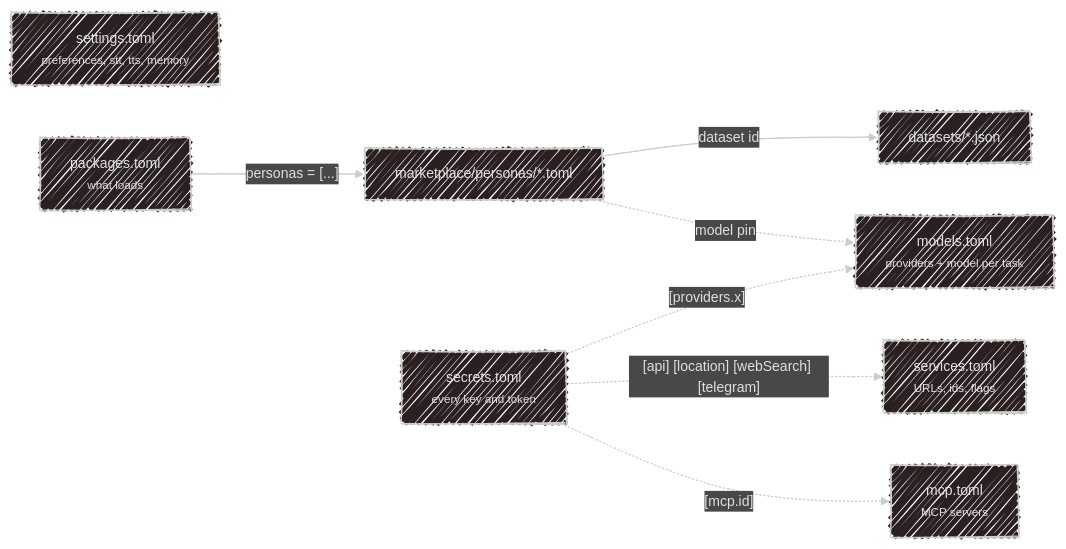
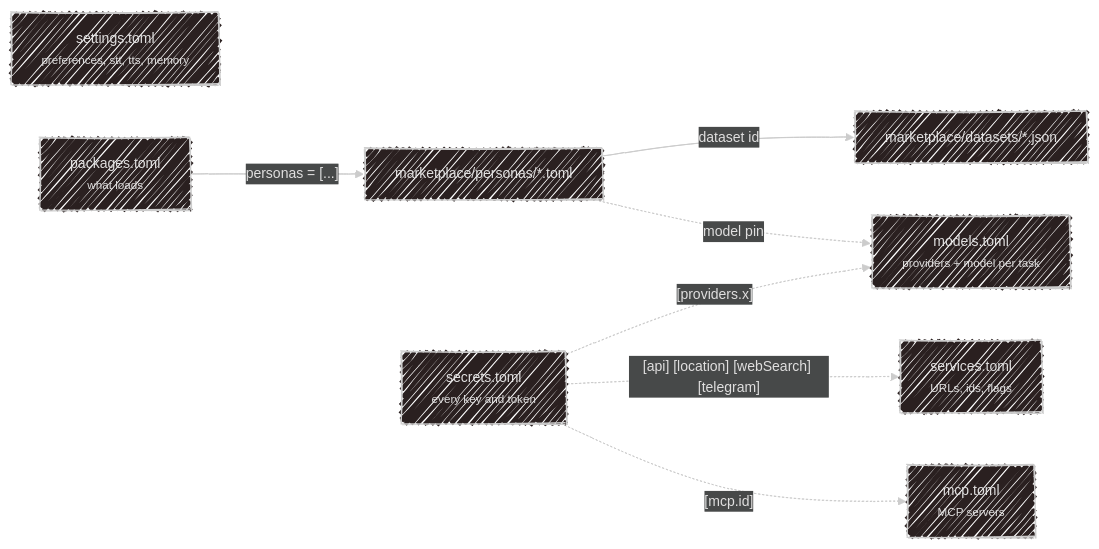
Before and after one commit to SubZtep/kaja: the diagram in docs/configuration.md, drawn with Mermaid. The commit also changed other lines of this file and 31 other files, not shown here.

````diff
--- a/docs/configuration.md
+++ b/docs/configuration.md
@@ -45,23 +44,23 @@
 ```mermaid
 ---
 config:
   look: handDrawn
   theme: neo-dark
 ---
 flowchart LR
     S["settings.toml<br><small>preferences, stt, tts, memory</small>"]
     M["models.toml<br><small>providers + model per task</small>"]
     V["services.toml<br><small>URLs, ids, flags</small>"]
     C["mcp.toml<br><small>MCP servers</small>"]
     P["marketplace/personas/*.toml"]
     G["packages.toml<br><small>what loads</small>"]
-    D["datasets/*.json"]
+    D["marketplace/datasets/*.json"]
     K["secrets.toml<br><small>every key and token</small>"]
 
     K -.->|"[providers.x]"| M
     K -.->|"[api] [location] [webSearch] [telegram]"| V
     K -.->|"[mcp.id]"| C
     P -->|"dataset id"| D
     P -.->|"model pin"| M
     G -->|"personas = [...]"| P
 ```
````
